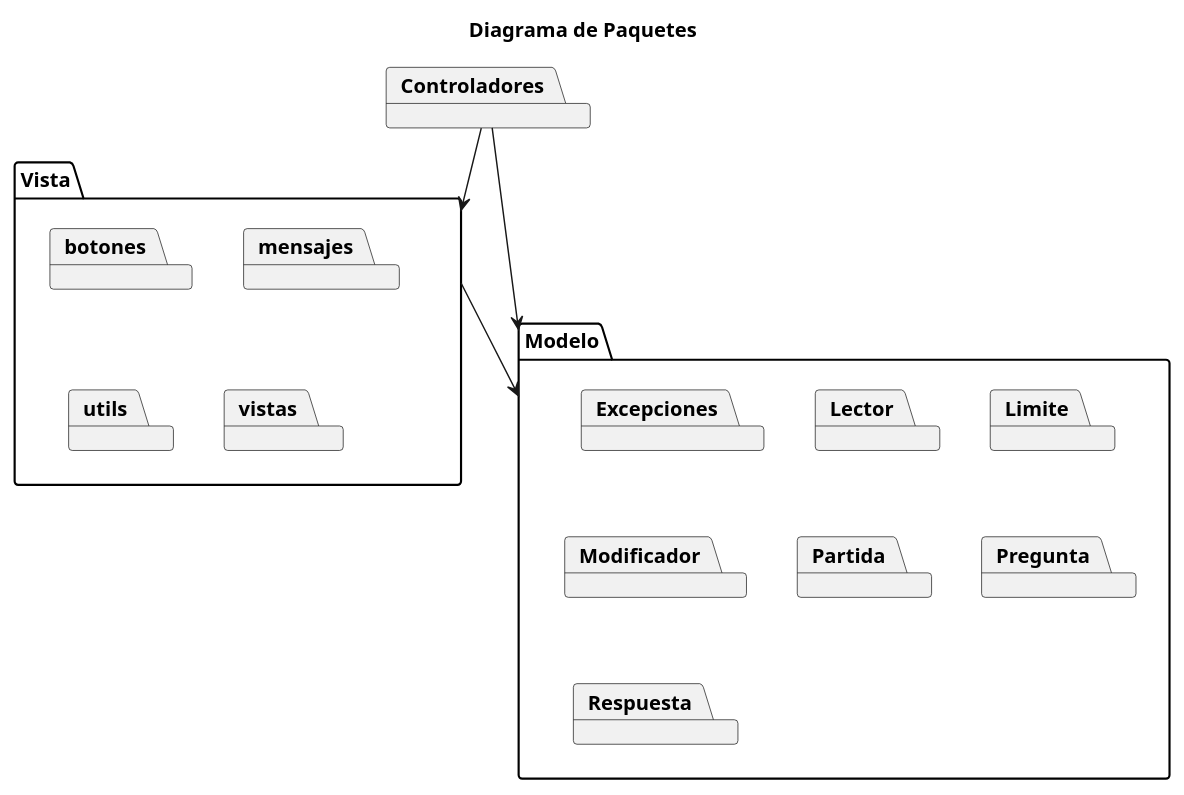
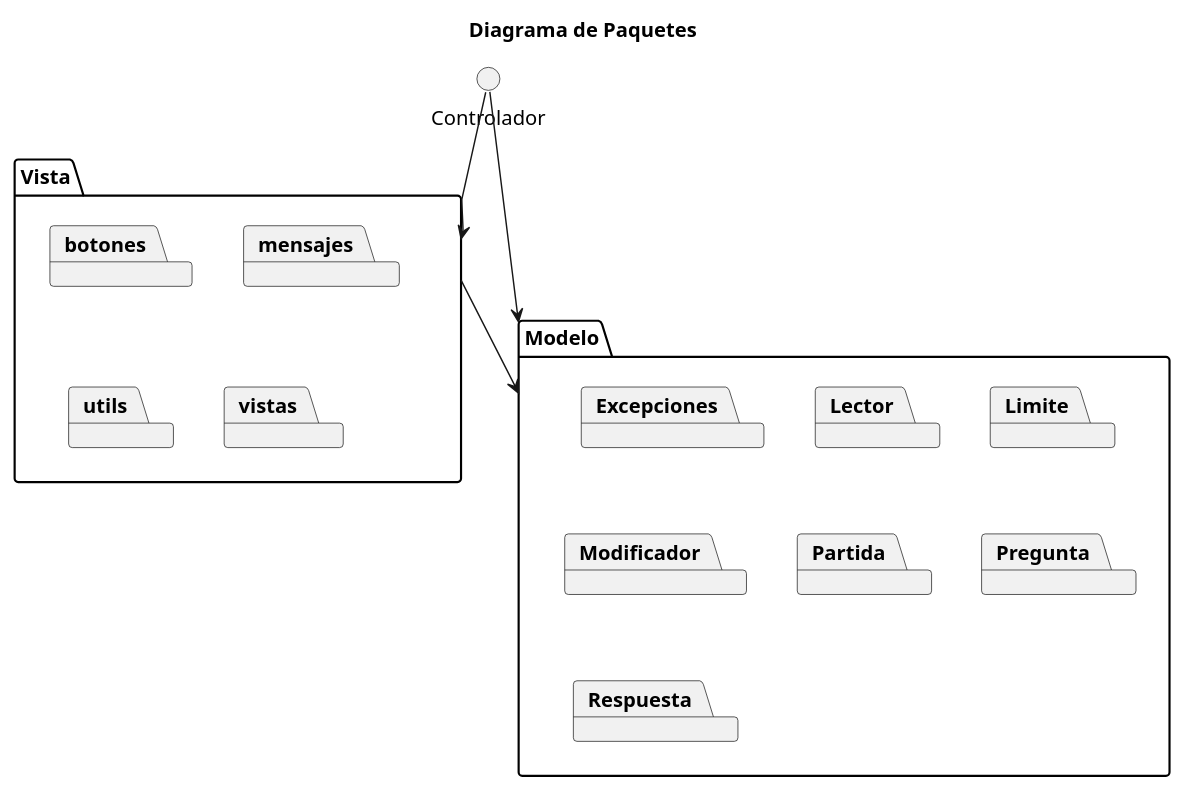
The second of 2 diagrams in diagrams/packages/diagramaDePaquetesModelo.puml (gimnasialp/algo3_proyecto_base_tp2), drawn with PlantUML before and after one commit. The commit also changed other lines of this file and 10 other files, not shown here.

```diff
--- a/diagrams/packages/diagramaDePaquetesModelo.puml
+++ b/diagrams/packages/diagramaDePaquetesModelo.puml
@@ -1,27 +33,25 @@
 @startuml
 'https://plantuml.com/class-diagram
+
 title Diagrama de Paquetes
-skinparam monochrome true
-hide circle
-skinparam classAttributeIconSize 0
+
 package Modelo {
         package Excepciones
         package Lector
         package Limite
         package Modificador
         package Partida
         package Pregunta
         package Respuesta
 }
 package Vista{
     package botones
     package mensajes
     package utils
     package vistas
 }
-package Controladores{
-}
+
 Vista --> Modelo
-Controladores -->Vista
-Controladores --> Modelo
+Controlador -->Vista
+Controlador --> Modelo
 @enduml
```
